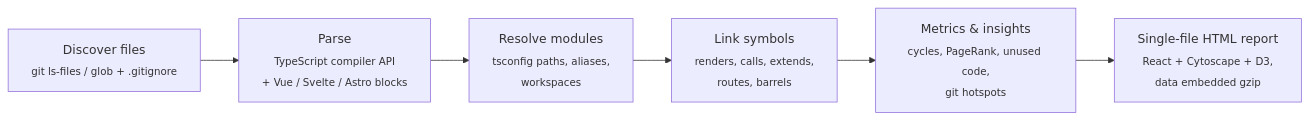
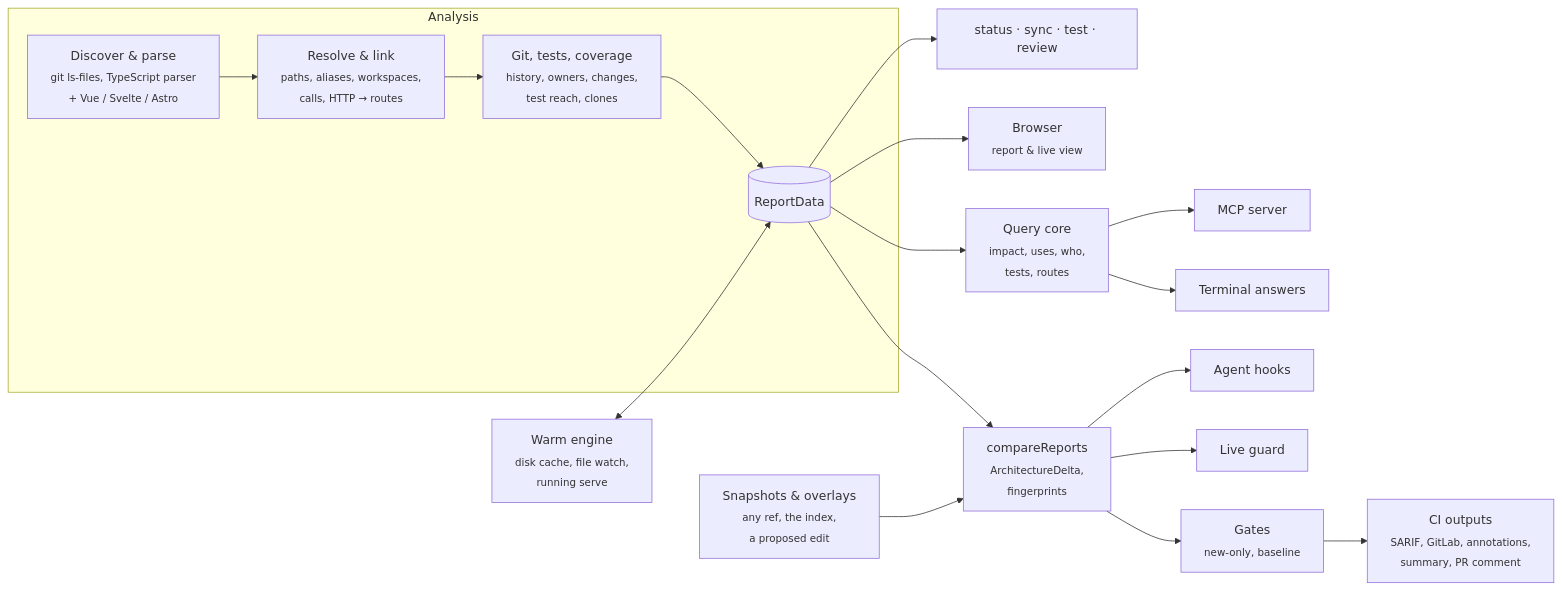
The diagram in README.md (asfand-dev/code-visualizer), drawn with Mermaid before and after one commit. The commit also changed other lines of this file and 262 other files, not shown here.

````diff
--- a/README.md
+++ b/README.md
@@ -275,8 +1110,20 @@
 ```mermaid
 flowchart LR
-  A[Discover files<br/><sub>git ls-files / glob + .gitignore</sub>] --> B[Parse<br/><sub>TypeScript compiler API<br/>+ Vue / Svelte / Astro blocks</sub>]
-  B --> C[Resolve modules<br/><sub>tsconfig paths, aliases,<br/>workspaces</sub>]
-  C --> D[Link symbols<br/><sub>renders, calls, extends,<br/>routes, barrels</sub>]
-  D --> E[Metrics & insights<br/><sub>cycles, PageRank, unused code,<br/>git hotspots</sub>]
-  E --> F[Single-file HTML report<br/><sub>React + Cytoscape + D3,<br/>data embedded gzip</sub>]
+  subgraph Analysis
+    A[Discover & parse<br/><sub>git ls-files, TypeScript parser<br/>+ Vue / Svelte / Astro</sub>] --> B[Resolve & link<br/><sub>paths, aliases, workspaces,<br/>calls, HTTP → routes</sub>]
+    B --> C[Git, tests, coverage<br/><sub>history, owners, changes,<br/>test reach, clones</sub>]
+    C --> D[(ReportData)]
+  end
+  W[Warm engine<br/><sub>disk cache, file watch,<br/>running serve</sub>] <--> D
+  S[Snapshots & overlays<br/><sub>any ref, the index,<br/>a proposed edit</sub>] --> X[compareReports<br/><sub>ArchitectureDelta,<br/>fingerprints</sub>]
+  D --> X
+  D --> Q[Query core<br/><sub>impact, uses, who,<br/>tests, routes</sub>]
+  X --> G[Gates<br/><sub>new-only, baseline</sub>]
+  D --> UI[Browser<br/><sub>report & live view</sub>]
+  X --> L[Live guard]
+  Q --> T[Terminal answers]
+  Q --> M[MCP server]
+  X --> H[Agent hooks]
+  G --> CI[CI outputs<br/><sub>SARIF, GitLab, annotations,<br/>summary, PR comment</sub>]
+  D --> ST[status · sync · test · review]
 ```
````
